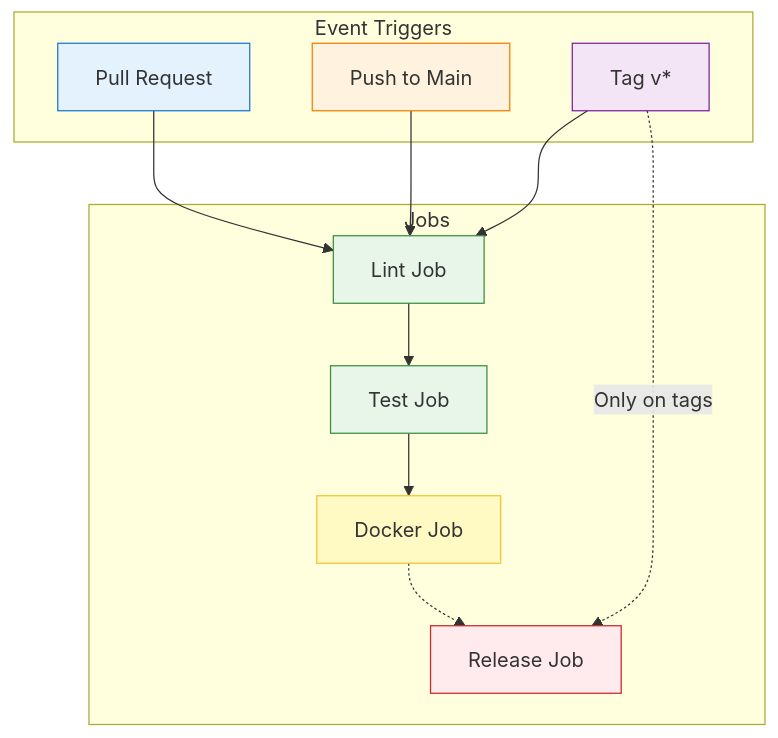
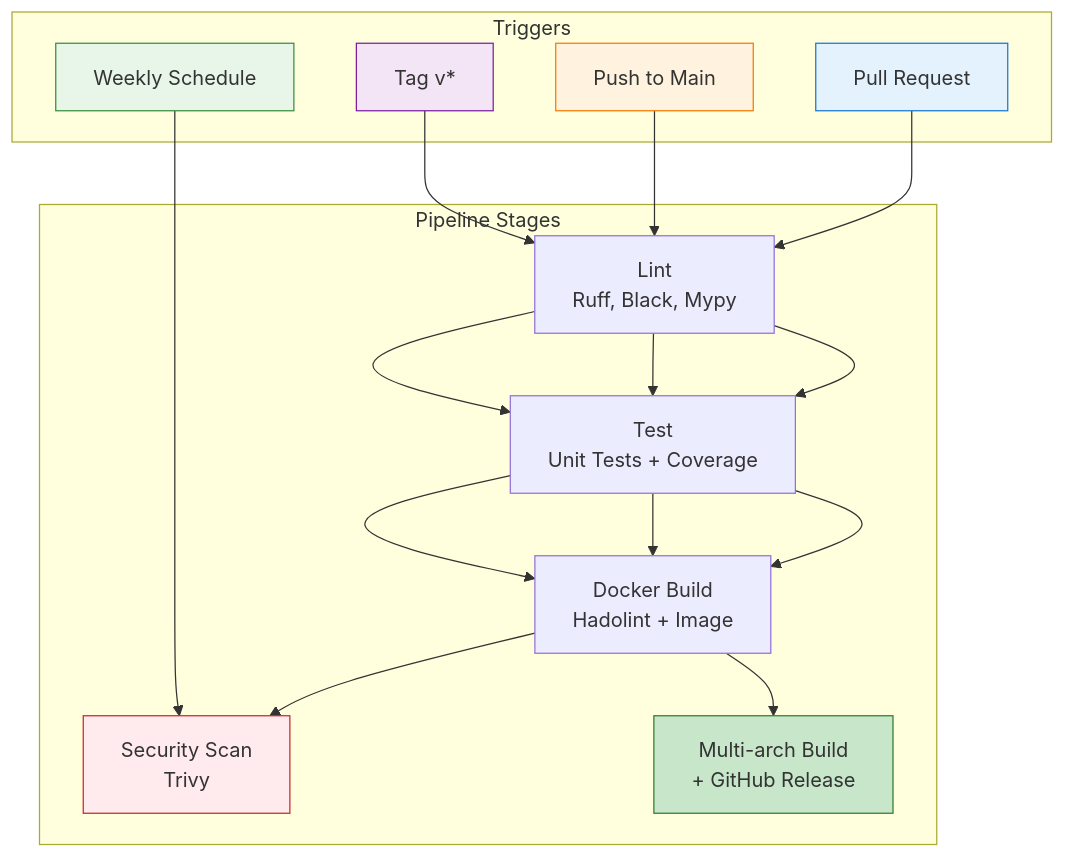
The diagram in .github/workflows/README.md (jhomen368/web-to-openwebui), drawn with Mermaid before and after one commit. The commit also changed other lines of this file, not shown here.

````diff
--- a/.github/workflows/README.md
+++ b/.github/workflows/README.md
@@ -13,33 +7,29 @@
 ```mermaid
 graph TB
-    subgraph "Event Triggers"
+    subgraph "Triggers"
         PR[Pull Request]
         MAIN[Push to Main]
         TAG[Tag v*]
+        WEEKLY[Weekly Schedule]
     end
     
-    subgraph "Jobs"
-        LINT[Lint Job]
-        TEST[Test Job]
-        DOCKER[Docker Job]
-        RELEASE[Release Job]
+    subgraph "Pipeline Stages"
+        LINT[Lint<br/>Ruff, Black, Mypy]
+        TEST[Test<br/>Unit Tests + Coverage]
+        BUILD[Docker Build<br/>Hadolint + Image]
+        SCAN[Security Scan<br/>Trivy]
+        RELEASE[Multi-arch Build<br/>+ GitHub Release]
     end
     
-    PR --> LINT
-    MAIN --> LINT
-    TAG --> LINT
-    
-    LINT --> TEST
-    TEST --> DOCKER
-    DOCKER -.-> RELEASE
-    
-    TAG -.Only on tags.-> RELEASE
+    PR --> LINT --> TEST --> BUILD
+    MAIN --> LINT --> TEST --> BUILD --> SCAN
+    TAG --> LINT --> TEST --> BUILD --> RELEASE
+    WEEKLY --> SCAN
     
     style PR fill:#e3f2fd,stroke:#1976d2
     style MAIN fill:#fff3e0,stroke:#f57c00
     style TAG fill:#f3e5f5,stroke:#7b1fa2
-    style LINT fill:#e8f5e9,stroke:#388e3c
-    style TEST fill:#e8f5e9,stroke:#388e3c
-    style DOCKER fill:#fff9c4,stroke:#fbc02d
-    style RELEASE fill:#ffebee,stroke:#c62828
+    style WEEKLY fill:#e8f5e9,stroke:#388e3c
+    style SCAN fill:#ffebee,stroke:#c62828
+    style RELEASE fill:#c8e6c9,stroke:#2e7d32
 ```
````
